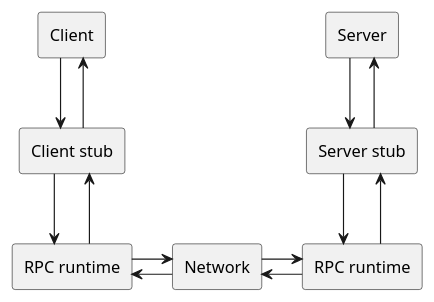
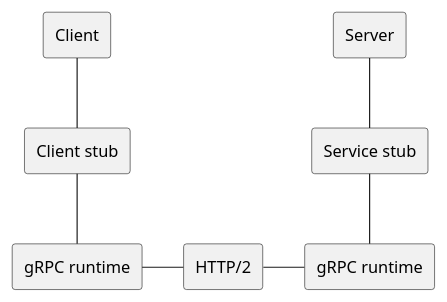
Before and after one commit to c0p4c4b4n4/grpc-grpc-java: the diagram in _raw/example1/images/RPC.puml, drawn with PlantUML. The commit also changed 3 other files, not shown here.

```diff
--- a/_raw/example1/images/RPC.puml
+++ b/_raw/example1/images/RPC.puml
@@ -1,30 +1,24 @@
 @startuml
 
 skinparam linetype ortho
 
 rectangle "Client" as C1
 rectangle "Client stub" as C2
-rectangle "RPC runtime" as C3
+rectangle "gRPC runtime" as C3
 
 rectangle "Server" as S1
-rectangle "Server stub" as S2
-rectangle "RPC runtime" as S3
+rectangle "Service stub" as S2
+rectangle "gRPC runtime" as S3
 
-rectangle "Network" as N
+rectangle "HTTP/2" as N
 
-C1 -down-> C2
-C2 -up-> C1
-C2 -down-> C3
-C3 -up-> C2
+C1 -down- C2
+C2 -down- C3
 
-S1 -down-> S2
-S2 -up-> S1
-S2 -down-> S3
-S3 -up-> S2
+S1 -down- S2
+S2 -down- S3
 
-C3 -right-> N
-N -left-> C3
-N -right-> S3
-S3 -left-> N
+C3 -right- N
+N -right- S3
 
 @enduml
```
